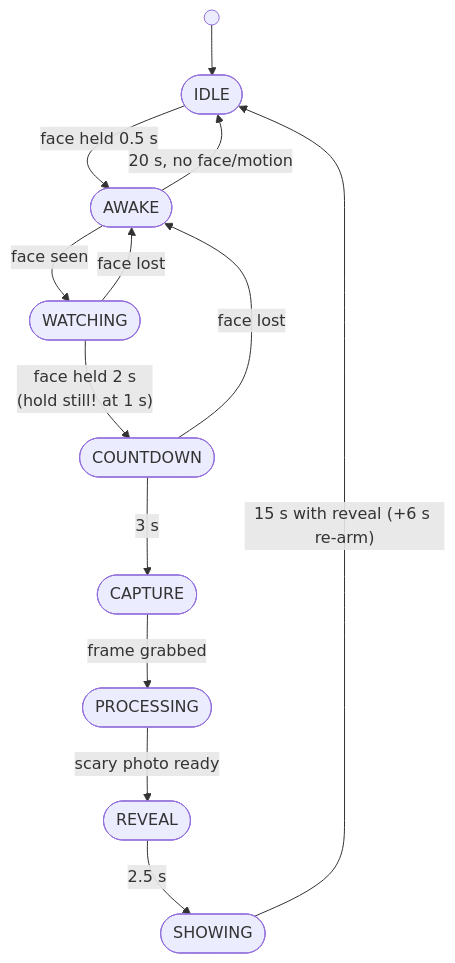
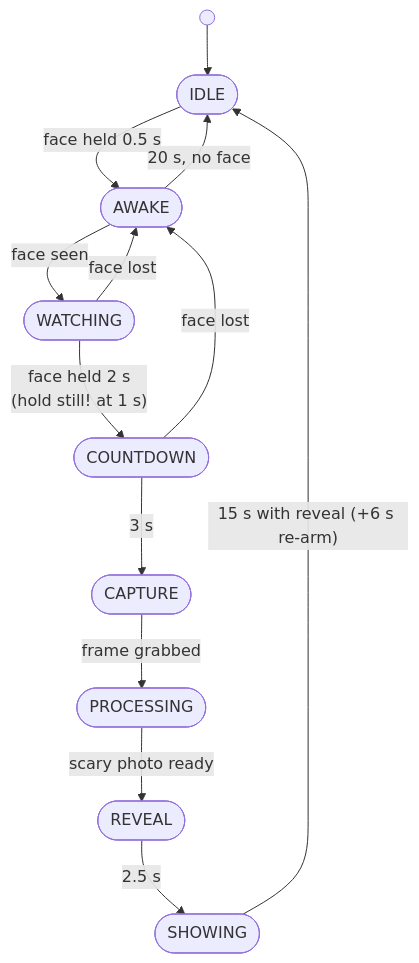
One commit to mxmrsn/spooky-pi changed the diagram in docs/diagrams/states.mmd. Above: the diagram before and after it, drawn with Mermaid. The commit also changed 40 other files, not shown here.

```diff
--- a/docs/diagrams/states.mmd
+++ b/docs/diagrams/states.mmd
@@ -1,13 +1,13 @@
 flowchart TB
     START(( )) --> IDLE
     IDLE(["IDLE"]) -- "face held 0.5 s" --> AWAKE(["AWAKE"])
     AWAKE -- "face seen" --> WATCHING(["WATCHING"])
     WATCHING -- "face held 2 s<br/>(hold still! at 1 s)" --> COUNTDOWN(["COUNTDOWN"])
     COUNTDOWN -- "3 s" --> CAPTURE(["CAPTURE"])
     CAPTURE -- "frame grabbed" --> PROCESSING(["PROCESSING"])
     PROCESSING -- "scary photo ready" --> REVEAL(["REVEAL"])
     REVEAL -- "2.5 s" --> SHOWING(["SHOWING"])
     SHOWING -- "15 s with reveal (+6 s re-arm)" --> IDLE
-    AWAKE -- "20 s, no face/motion" --> IDLE
+    AWAKE -- "20 s, no face" --> IDLE
     WATCHING -- "face lost" --> AWAKE
     COUNTDOWN -- "face lost" --> AWAKE
```
